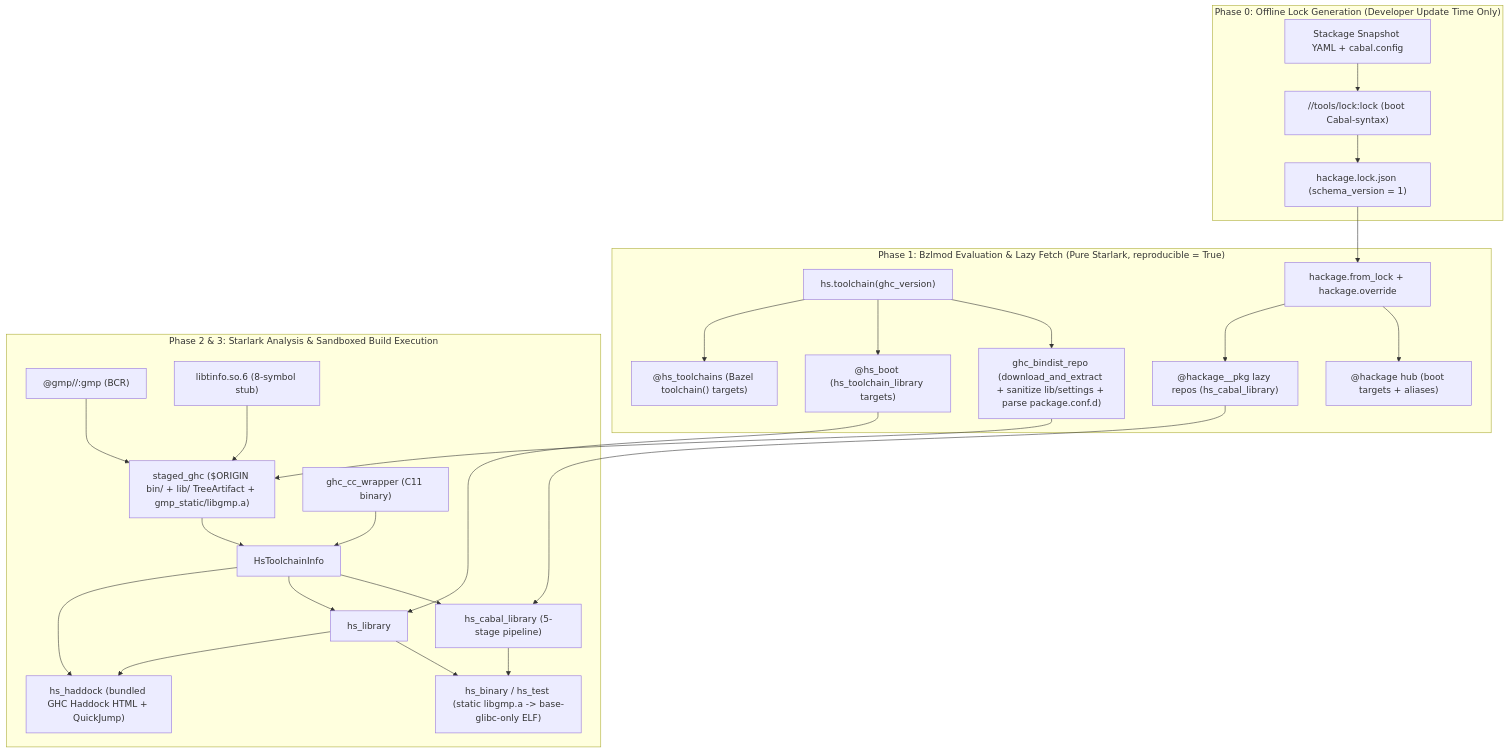
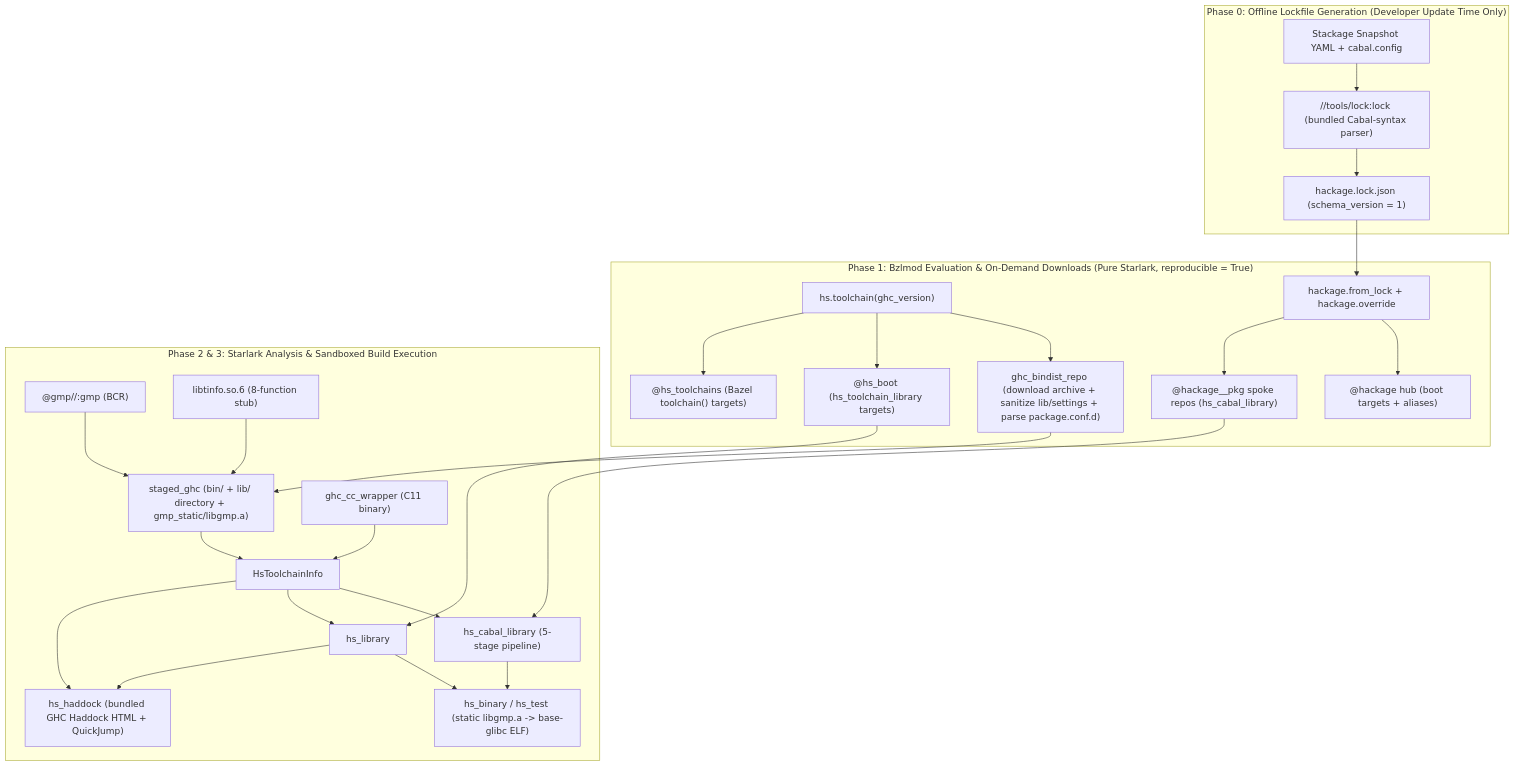
Before and after one commit to kaycebasques/hs: the diagram in docs/content/internals/overview.md, drawn with Mermaid. The commit also changed other lines of this file and 3 other files, not shown here.

````diff
--- a/docs/content/internals/overview.md
+++ b/docs/content/internals/overview.md
@@ -116,32 +120,32 @@
 ```mermaid
 flowchart TD
-    subgraph DevTime["Phase 0: Offline Lock Generation (Developer Update Time Only)"]
-        SNAP["Stackage Snapshot YAML + cabal.config"] --> LOCKCLI["//tools/lock:lock (boot Cabal-syntax)"]
+    subgraph DevTime["Phase 0: Offline Lockfile Generation (Developer Update Time Only)"]
+        SNAP["Stackage Snapshot YAML + cabal.config"] --> LOCKCLI["//tools/lock:lock (bundled Cabal-syntax parser)"]
         LOCKCLI --> LOCKJSON["hackage.lock.json (schema_version = 1)"]
     end
 
-    subgraph Bzlmod["Phase 1: Bzlmod Evaluation & Lazy Fetch (Pure Starlark, reproducible = True)"]
-        EXTHS["hs.toolchain(ghc_version)"] --> BINDIST["ghc_bindist_repo (download_and_extract + sanitize lib/settings + parse package.conf.d)"]
+    subgraph Bzlmod["Phase 1: Bzlmod Evaluation & On-Demand Downloads (Pure Starlark, reproducible = True)"]
+        EXTHS["hs.toolchain(ghc_version)"] --> BINDIST["ghc_bindist_repo (download archive + sanitize lib/settings + parse package.conf.d)"]
         EXTHS --> HSBOOT["@hs_boot (hs_toolchain_library targets)"]
         EXTHS --> HSTC["@hs_toolchains (Bazel toolchain() targets)"]
         LOCKJSON --> EXTHACK["hackage.from_lock + hackage.override"]
         EXTHACK --> HUB["@hackage hub (boot targets + aliases)"]
-        EXTHACK --> PKGREPO["@hackage__pkg lazy repos (hs_cabal_library)"]
+        EXTHACK --> PKGREPO["@hackage__pkg spoke repos (hs_cabal_library)"]
     end
 
     subgraph Build["Phase 2 & 3: Starlark Analysis & Sandboxed Build Execution"]
-        GMP["@gmp//:gmp (BCR)"] --> STAGE["staged_ghc ($ORIGIN bin/ + lib/ TreeArtifact + gmp_static/libgmp.a)"]
-        TINFO["libtinfo.so.6 (8-symbol stub)"] --> STAGE
+        GMP["@gmp//:gmp (BCR)"] --> STAGE["staged_ghc (bin/ + lib/ directory + gmp_static/libgmp.a)"]
+        TINFO["libtinfo.so.6 (8-function stub)"] --> STAGE
         BINDIST --> STAGE
         CCW["ghc_cc_wrapper (C11 binary)"] --> TC["HsToolchainInfo"]
         STAGE --> TC
         TC --> CABAL["hs_cabal_library (5-stage pipeline)"]
         TC --> HSLIB["hs_library"]
         PKGREPO --> CABAL
         HSBOOT --> HSLIB
-        CABAL --> HSBIN["hs_binary / hs_test (static libgmp.a -> base-glibc-only ELF)"]
+        CABAL --> HSBIN["hs_binary / hs_test (static libgmp.a -> base-glibc ELF)"]
         HSLIB --> HSBIN
         TC --> HADDOCK["hs_haddock (bundled GHC Haddock HTML + QuickJump)"]
         HSLIB --> HADDOCK
     end
 ```
````
